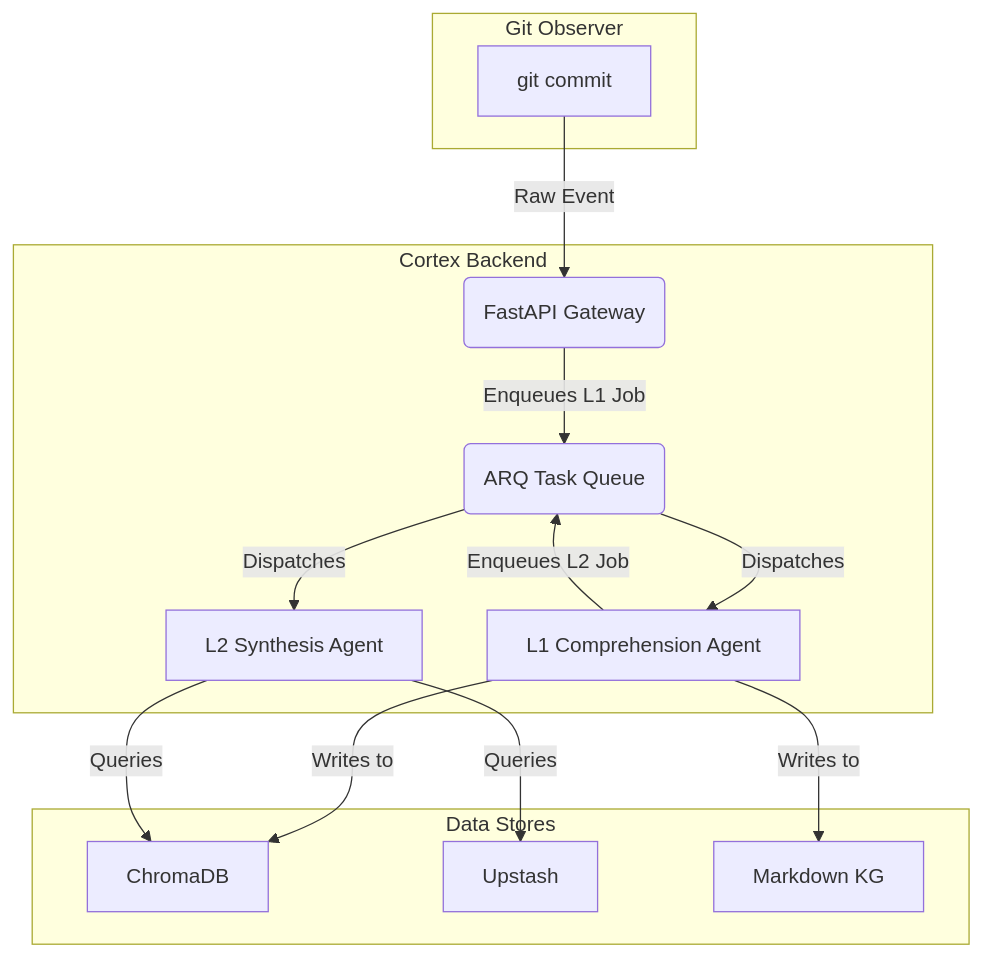
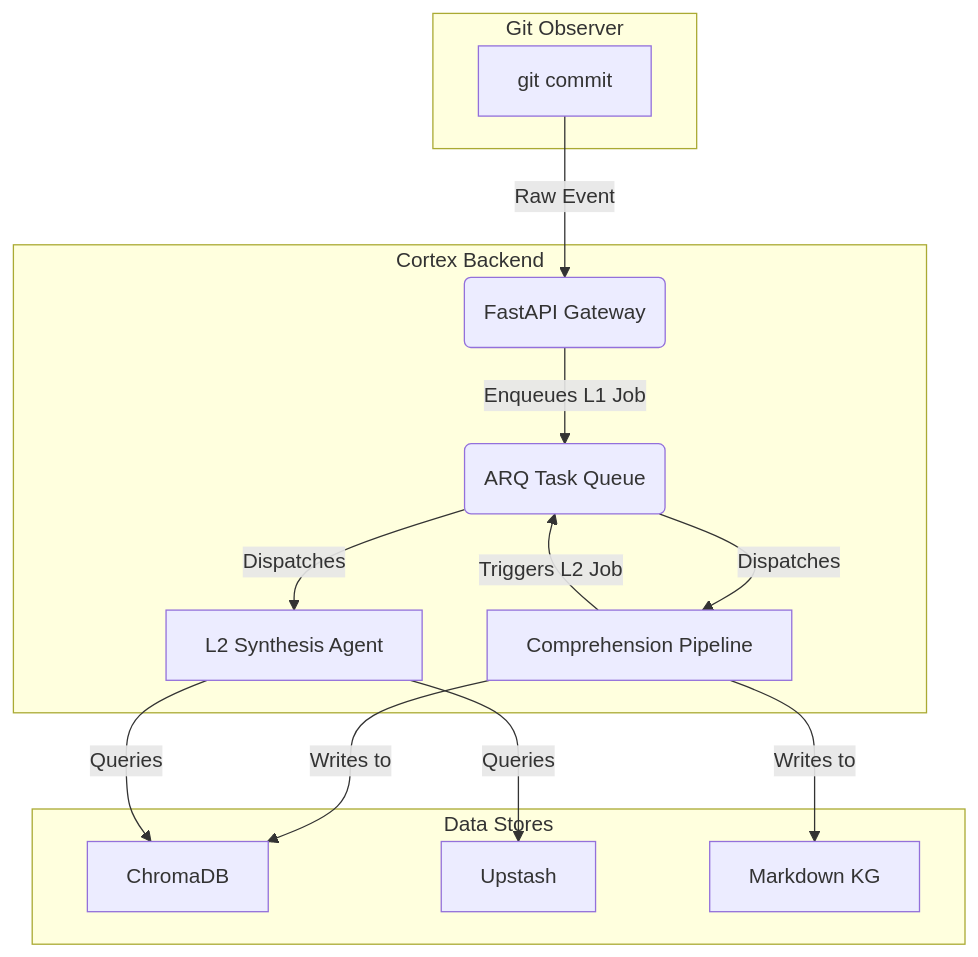
The second of 3 diagrams in docs/architecture.md (Itish2003/Cortex_Mentor), drawn with Mermaid before and after one commit. The commit also changed other lines of this file and 1 other file, not shown here.

Commit message:
documentation updated

````diff
--- a/docs/architecture.md
+++ b/docs/architecture.md
@@ -152,29 +152,29 @@
 ```mermaid
 graph TD
     subgraph "Git Observer"
         A[git commit]
     end
 
     subgraph "Cortex Backend"
         B(FastAPI Gateway)
         C(ARQ Task Queue)
-        D[L1 Comprehension Agent]
+        P[Comprehension Pipeline]
         E[L2 Synthesis Agent]
     end
 
     subgraph "Data Stores"
         F[ChromaDB]
         G[Upstash]
         H[Markdown KG]
     end
 
     A -- Raw Event --> B
     B -- Enqueues L1 Job --> C
-    C -- Dispatches --> D
-    D -- Writes to --> F
-    D -- Writes to --> H
-    D -- Enqueues L2 Job --> C
+    C -- Dispatches --> P
+    P -- Writes to --> F
+    P -- Writes to --> H
+    P -- Triggers L2 Job --> C
     C -- Dispatches --> E
     E -- Queries --> F
     E -- Queries --> G
 ```
````
